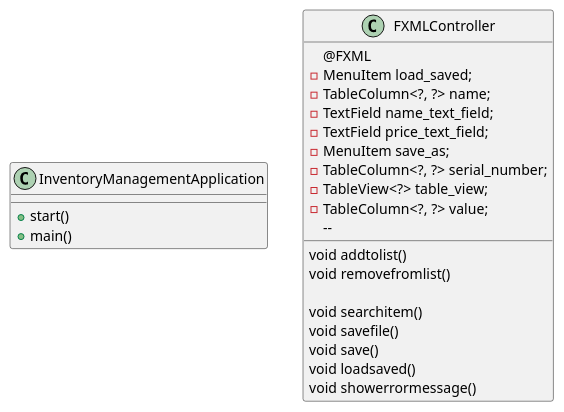
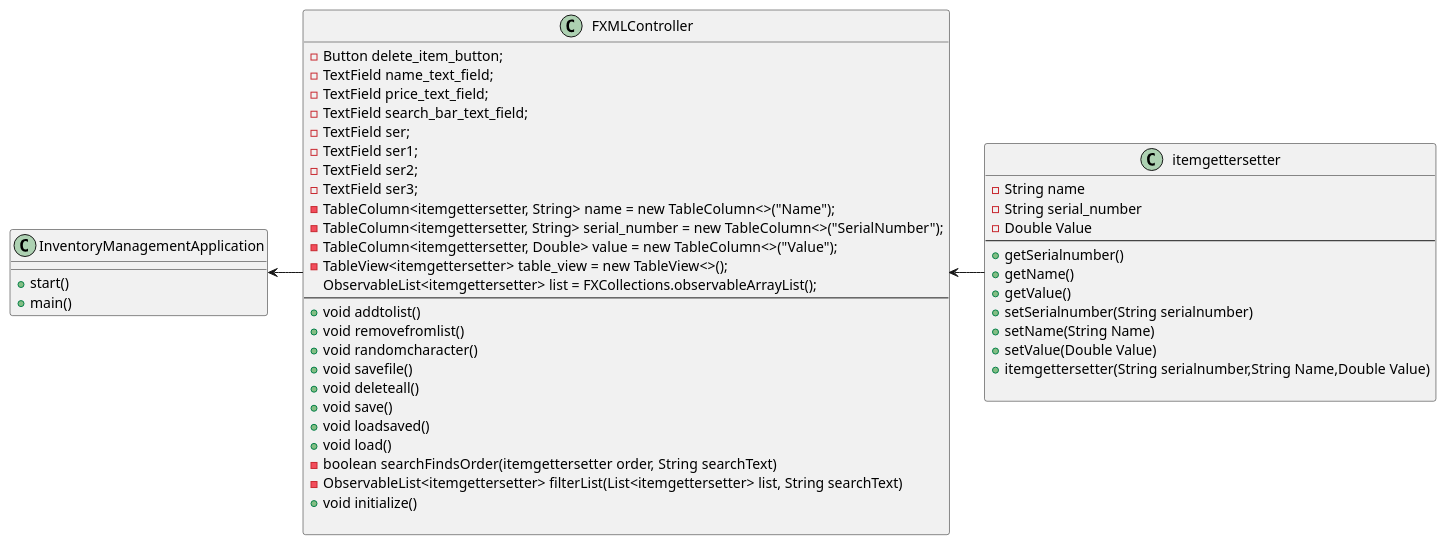
One commit to Benjaminshin1/shin-app2 changed the diagram in shin-app2/docs/diagram.puml. Above: the diagram before and after it, drawn with PlantUML. The commit also changed 4 other files, not shown here.

Commit message:
changed UML

```diff
--- a/shin-app2/docs/diagram.puml
+++ b/shin-app2/docs/diagram.puml
@@ -1,38 +1,53 @@
 @startuml
+class itemgettersetter{
+-String name
+-String serial_number
+-Double Value
+--
++getSerialnumber()
++getName()
++getValue()
++setSerialnumber(String serialnumber)
++setName(String Name)
++setValue(Double Value)
++itemgettersetter(String serialnumber,String Name,Double Value)
+
+}
+
 class InventoryManagementApplication{
 +start()
 +main()
 }
 
 class FXMLController{
- @FXML
-    -MenuItem load_saved;
-    -TableColumn<?, ?> name;
-    -TextField name_text_field;
-    -TextField price_text_field;
-    -MenuItem save_as;
-    -TableColumn<?, ?> serial_number;
-    -TableView<?> table_view;
-    -TableColumn<?, ?> value;
+     -Button delete_item_button;
+     -TextField name_text_field;
+     -TextField price_text_field;
+     -TextField search_bar_text_field;
+     -TextField ser;
+     -TextField ser1;
+     -TextField ser2;
+     -TextField ser3;
+     -TableColumn<itemgettersetter, String> name = new TableColumn<>("Name");
+     -TableColumn<itemgettersetter, String> serial_number = new TableColumn<>("SerialNumber");
+     -TableColumn<itemgettersetter, Double> value = new TableColumn<>("Value");
+     -TableView<itemgettersetter> table_view = new TableView<>();
+     ObservableList<itemgettersetter> list = FXCollections.observableArrayList();
     --
-    void addtolist()
-    void removefromlist()
-
-    void searchitem()
-
-
-    void savefile()
-
-
-    void save()
-
-
-    void loadsaved()
-
-
-    void showerrormessage()
+    +void addtolist()
+    +void removefromlist()
+    +void randomcharacter()
+    +void savefile()
+    +void deleteall()
+    +void save()
+    +void loadsaved()
+    +void load()
+    -boolean searchFindsOrder(itemgettersetter order, String searchText)
+    -ObservableList<itemgettersetter> filterList(List<itemgettersetter> list, String searchText)
+    +void initialize()
 
 }
-
+InventoryManagementApplication<-FXMLController
+FXMLController<-itemgettersetter
 
 @enduml
```
